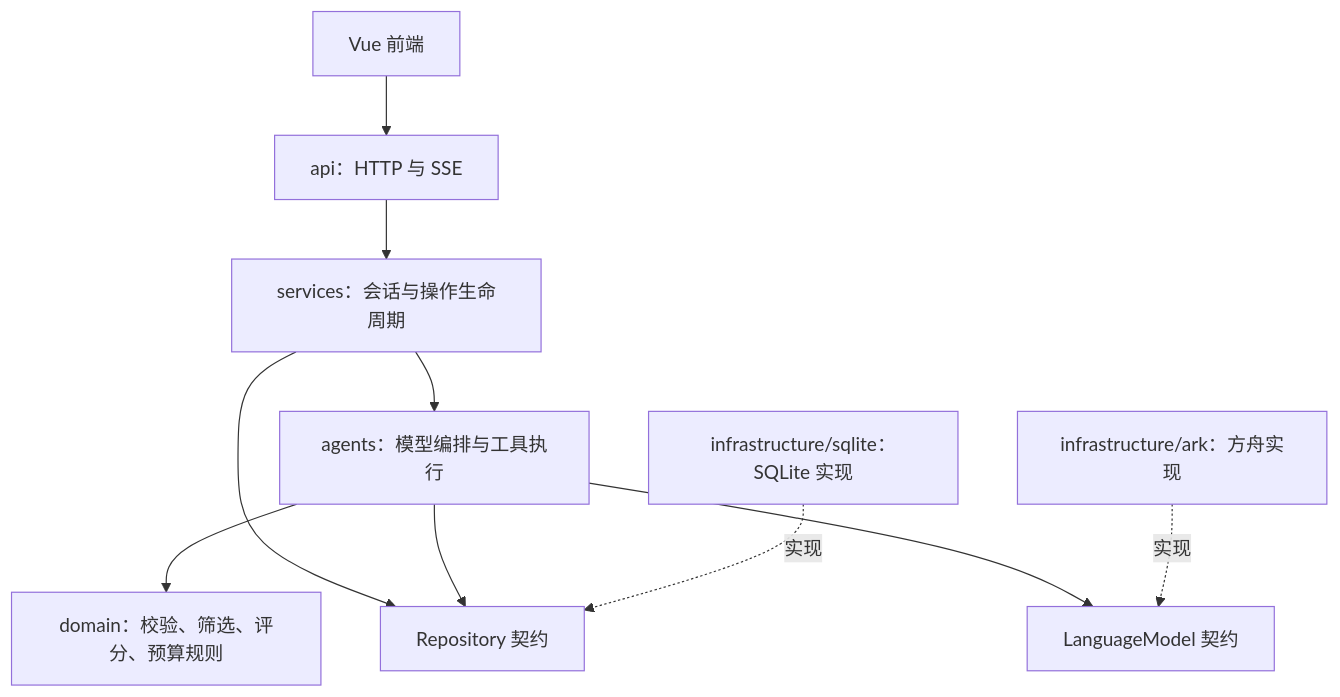
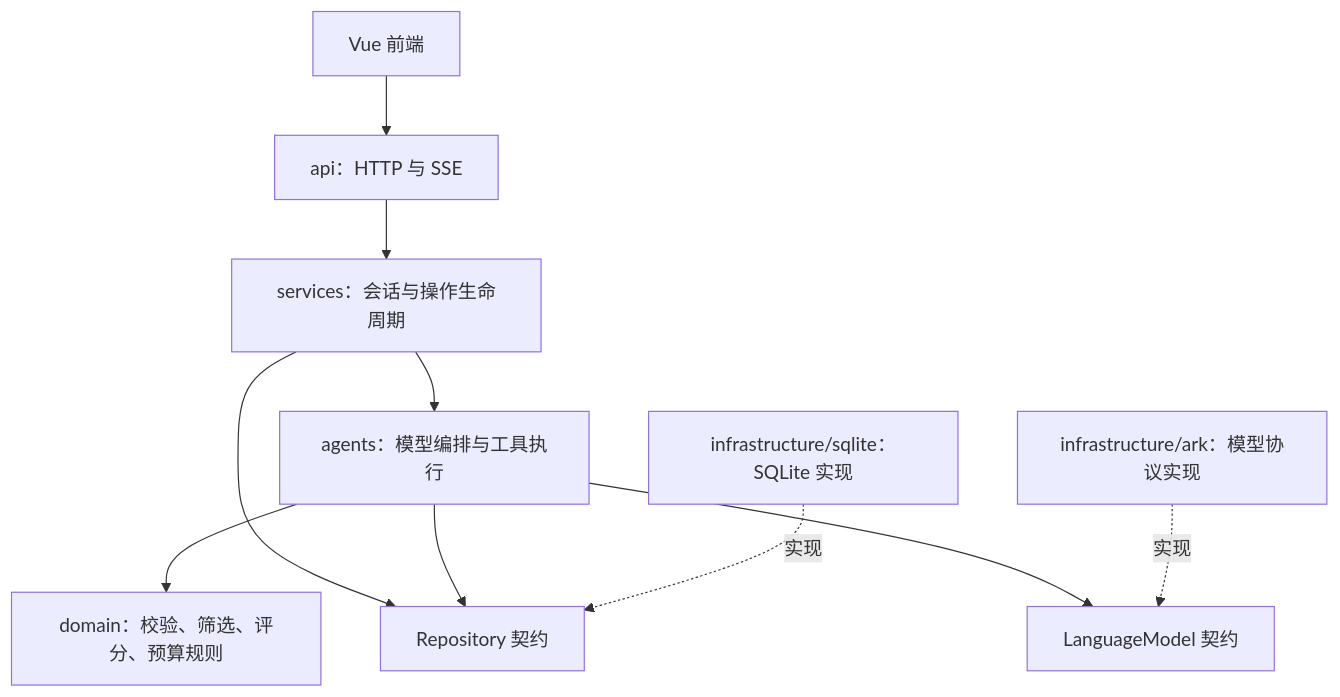
One commit to SafelandingF/yuanxi changed the diagram in backend/README.md. Above: the diagram before and after it, drawn with Mermaid. The commit also changed other lines of this file and 8 other files, not shown here.

````diff
--- a/backend/README.md
+++ b/backend/README.md
@@ -9,12 +9,12 @@
 ```mermaid
 flowchart TD
     Browser[Vue 前端] --> API[api：HTTP 与 SSE]
     API --> Service[services：会话与操作生命周期]
     Service --> Agent[agents：模型编排与工具执行]
     Agent --> Domain[domain：校验、筛选、评分、预算规则]
     Service --> Repository[Repository 契约]
     Agent --> Repository
     Agent --> Model[LanguageModel 契约]
     SQLite[infrastructure/sqlite：SQLite 实现] -.实现.-> Repository
-    Ark[infrastructure/ark：方舟实现] -.实现.-> Model
+    Ark[infrastructure/ark：模型协议实现] -.实现.-> Model
 ```
````
